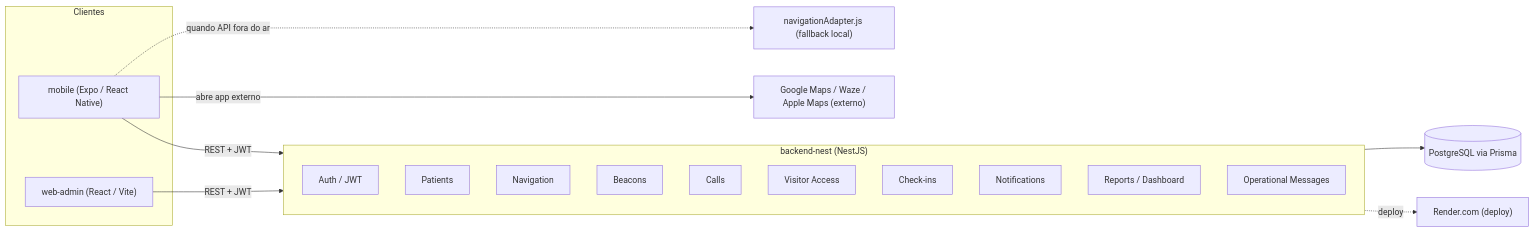
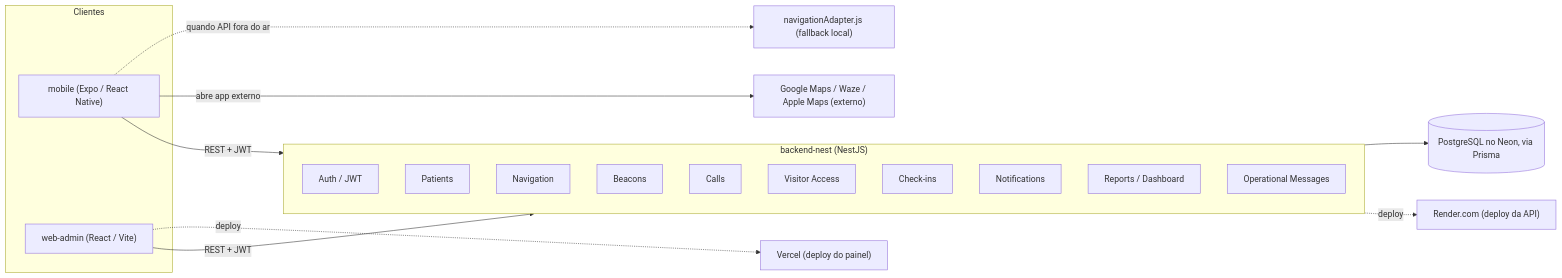
Before and after one commit to ThauaneVargas/navora: the diagram in docs/arquitetura.md, drawn with Mermaid. The commit also changed other lines of this file and 4 other files, not shown here.

First line of the commit message:
docs: banco no Neon, painel na Vercel apontando pro Render e skills atualizadas

````diff
--- a/docs/arquitetura.md
+++ b/docs/arquitetura.md
@@ -19,31 +19,33 @@
 ```mermaid
 flowchart LR
   subgraph Clientes
     M["mobile (Expo / React Native)"]
     W["web-admin (React / Vite)"]
   end
 
   subgraph API["backend-nest (NestJS)"]
     AUTH[Auth / JWT]
     PAT[Patients]
     NAV[Navigation]
     BEA[Beacons]
     CAL[Calls]
     VIS[Visitor Access]
     CHK[Check-ins]
     NOT[Notifications]
     REP[Reports / Dashboard]
     OPM[Operational Messages]
   end
 
-  DB[(PostgreSQL via Prisma)]
+  DB[(PostgreSQL no Neon, via Prisma)]
   MAPS["Google Maps / Waze / Apple Maps (externo)"]
-  RENDER["Render.com (deploy)"]
+  RENDER["Render.com (deploy da API)"]
+  VERCEL["Vercel (deploy do painel)"]
 
   M -- "REST + JWT" --> API
   W -- "REST + JWT" --> API
   API --> DB
   M -. "quando API fora do ar" .-> FALLBACK["navigationAdapter.js (fallback local)"]
   M -- "abre app externo" --> MAPS
   API -. deploy .-> RENDER
+  W -. deploy .-> VERCEL
 ```
````
